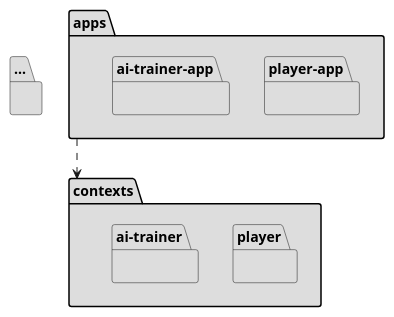
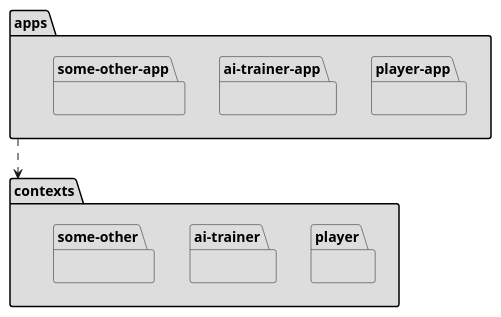
Before and after one commit to Master-Desarrollo-20-21/patrones-diseno---practica-final---juego-de-las-damas-fraylopez: the first of 2 diagrams in docs/src/analysis/architecture-packages.plantuml, drawn with PlantUML. The commit also changed 2 other files, not shown here.

Commit message:
better packages diagram

```diff
--- a/docs/src/analysis/architecture-packages.plantuml
+++ b/docs/src/analysis/architecture-packages.plantuml
@@ -1,15 +1,15 @@
 @startuml ArchitecturePackages
 package apps #DDDDDD {
   package player-app #DDDDDD { }
   package ai-trainer-app #DDDDDD { }
-  package ... #DDDDDD { }
+  package some-other-app #DDDDDD { }
 }
 
 package contexts #DDDDDD {
   package player #DDDDDD {  }
   package ai-trainer #DDDDDD {  }
-  package ... #DDDDDD {  }
+  package some-other #DDDDDD {  }
 }
 apps ..> contexts
 
 @enduml
```
